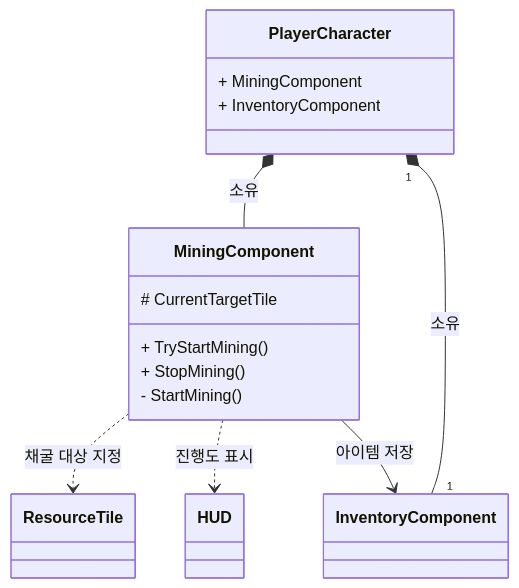
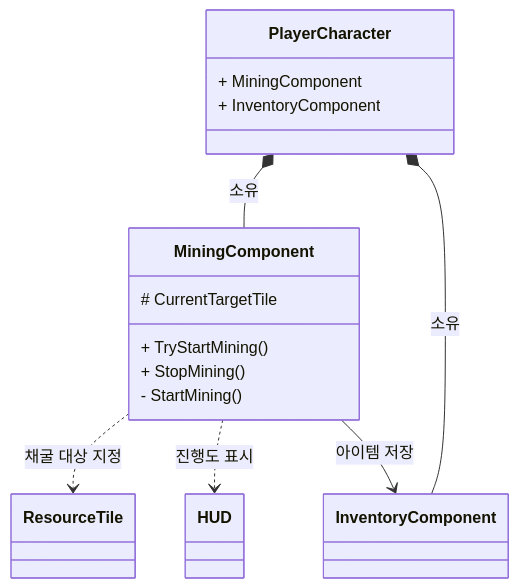
One commit to WJMcode/MBFactorio changed the first of 3 diagrams in README.md. Above: the diagram before and after it, drawn with Mermaid.

````diff
--- a/README.md
+++ b/README.md
@@ -1,35 +1,35 @@
 ```mermaid
 classDiagram
     direction TB
 
     class PlayerCharacter {
         + MiningComponent
         + InventoryComponent
     }
 
     class MiningComponent {
         + TryStartMining()
         + StopMining()
         - StartMining()
         # CurrentTargetTile
     }
     
     class HUD {
     }
 
     class ResourceTile {
     }
 
     class InventoryComponent {
 
     }
 
     %%
     PlayerCharacter *-- MiningComponent : 소유
-    PlayerCharacter "1" *-- "1" InventoryComponent : 소유
+    PlayerCharacter *-- InventoryComponent : 소유
 
     MiningComponent ..> ResourceTile : 채굴 대상 지정
     MiningComponent ..> HUD : 진행도 표시
     
     MiningComponent --> InventoryComponent : 아이템 저장
 ```
````
